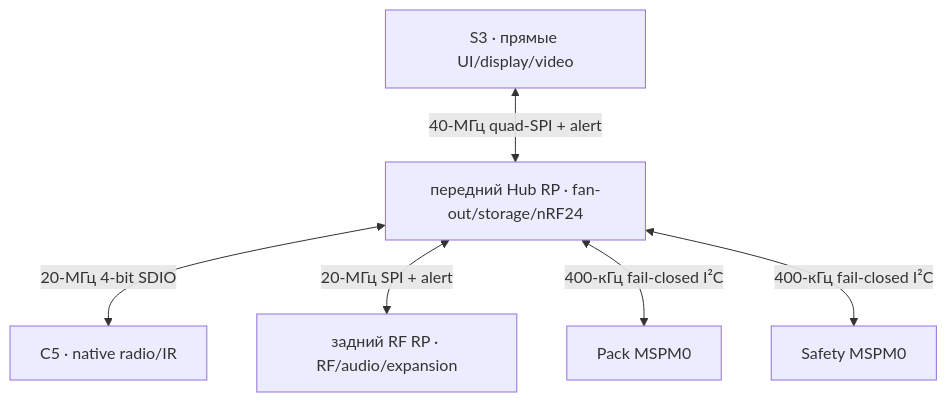
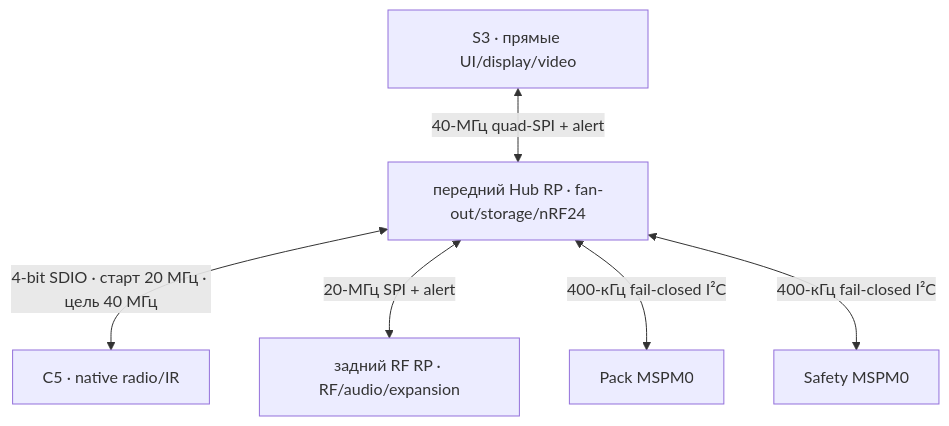
Before and after one commit to anton-vinogradov/esp32-leshy2-firmware: the diagram in docs/architecture.ru.md, drawn with Mermaid. The commit also changed other lines of this file and 45 other files, not shown here.

````diff
--- a/docs/architecture.ru.md
+++ b/docs/architecture.ru.md
@@ -25,8 +28,8 @@
 ```mermaid
 flowchart TD
   S3["S3 · прямые UI/display/video"] <-->|"40-МГц quad-SPI + alert"| HUB["передний Hub RP · fan-out/storage/nRF24"]
-  HUB <-->|"20-МГц 4-bit SDIO"| C5["C5 · native radio/IR"]
+  HUB <-->|"4-bit SDIO · старт 20 МГц · цель 40 МГц"| C5["C5 · native radio/IR"]
   HUB <-->|"20-МГц SPI + alert"| RF["задний RF RP · RF/audio/expansion"]
   HUB <-->|"400-кГц fail-closed I²C"| PACK["Pack MSPM0"]
   HUB <-->|"400-кГц fail-closed I²C"| SAFE["Safety MSPM0"]
 ```
````
